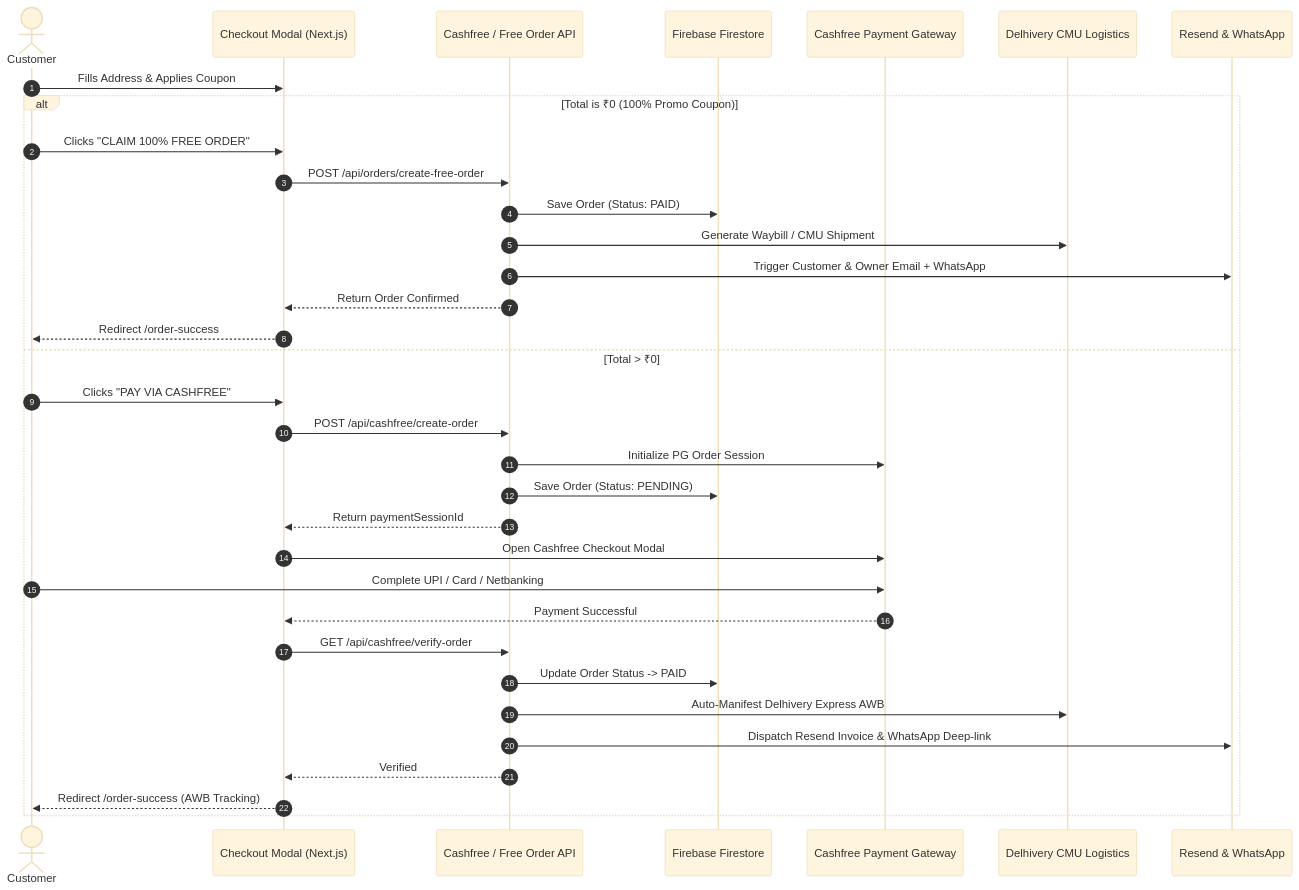
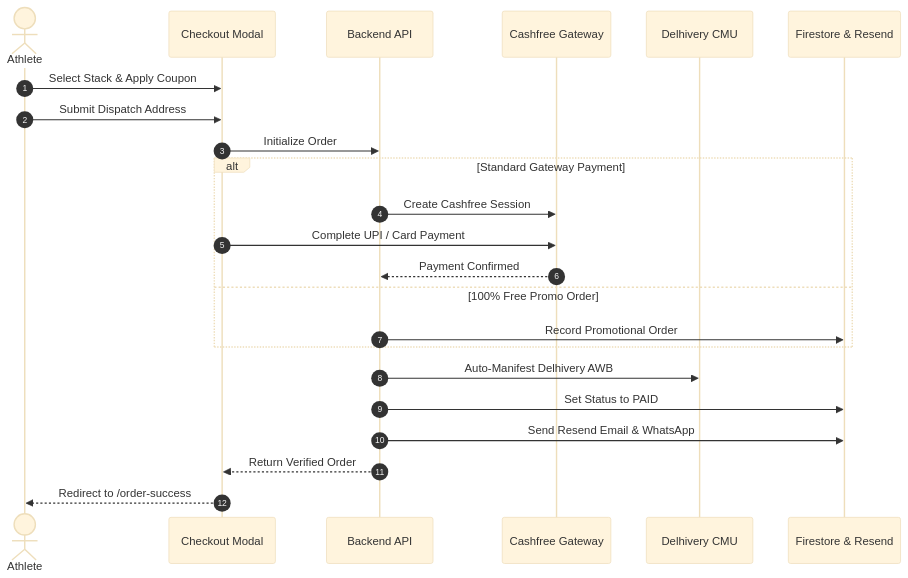
One commit to jaygupta-exe/stageandsteel changed the diagram in README.md. Above: the diagram before and after it, drawn with Mermaid (base theme). The commit also changed other lines of this file, not shown here.

Commit message:
docs: fix mermaid sequence diagram and image syntax for github renderer

````diff
--- a/README.md
+++ b/README.md
@@ -73,37 +71,26 @@
 ```mermaid
 sequenceDiagram
     autonumber
-    actor Customer
-    participant UI as Checkout Modal (Next.js)
-    participant API as Cashfree / Free Order API
-    participant DB as Firebase Firestore
-    participant PG as Cashfree Payment Gateway
-    participant Del as Delhivery CMU Logistics
-    participant Mail as Resend & WhatsApp
+    actor Customer as Athlete
+    participant UI as Checkout Modal
+    participant API as Backend API
+    participant PG as Cashfree Gateway
+    participant Del as Delhivery CMU
+    participant DB as Firestore & Resend
 
-    Customer->>UI: Fills Address & Applies Coupon
-    alt Total is ₹0 (100% Promo Coupon)
-        Customer->>UI: Clicks "CLAIM 100% FREE ORDER"
-        UI->>API: POST /api/orders/create-free-order
-        API->>DB: Save Order (Status: PAID)
-        API->>Del: Generate Waybill / CMU Shipment
-        API->>Mail: Trigger Customer & Owner Email + WhatsApp
-        API-->>UI: Return Order Confirmed
-        UI-->>Customer: Redirect /order-success
-    else Total > ₹0
-        Customer->>UI: Clicks "PAY VIA CASHFREE"
-        UI->>API: POST /api/cashfree/create-order
-        API->>PG: Initialize PG Order Session
-        API->>DB: Save Order (Status: PENDING)
-        API-->>UI: Return paymentSessionId
-        UI->>PG: Open Cashfree Checkout Modal
-        Customer->>PG: Complete UPI / Card / Netbanking
-        PG-->>UI: Payment Successful
-        UI->>API: GET /api/cashfree/verify-order
-        API->>DB: Update Order Status -> PAID
-        API->>Del: Auto-Manifest Delhivery Express AWB
-        API->>Mail: Dispatch Resend Invoice & WhatsApp Deep-link
-        API-->>UI: Verified
-        UI-->>Customer: Redirect /order-success (AWB Tracking)
+    Customer->>UI: Select Stack & Apply Coupon
+    Customer->>UI: Submit Dispatch Address
+    UI->>API: Initialize Order
+    alt Standard Gateway Payment
+        API->>PG: Create Cashfree Session
+        UI->>PG: Complete UPI / Card Payment
+        PG-->>API: Payment Confirmed
+    else 100% Free Promo Order
+        API->>DB: Record Promotional Order
     end
+    API->>Del: Auto-Manifest Delhivery AWB
+    API->>DB: Set Status to PAID
+    API->>DB: Send Resend Email & WhatsApp
+    API-->>UI: Return Verified Order
+    UI-->>Customer: Redirect to /order-success
 ```
````
